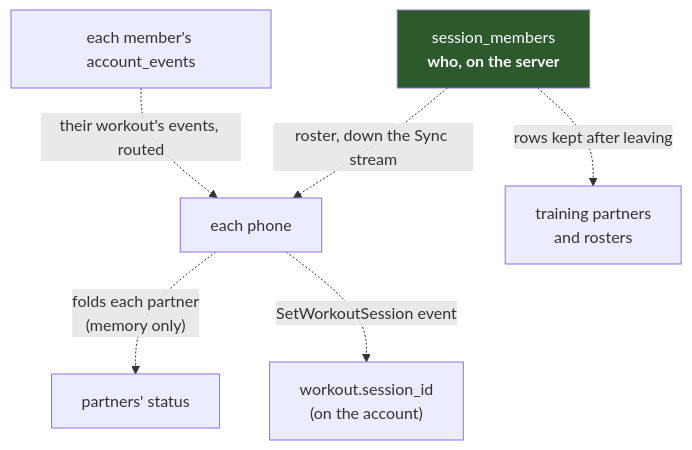
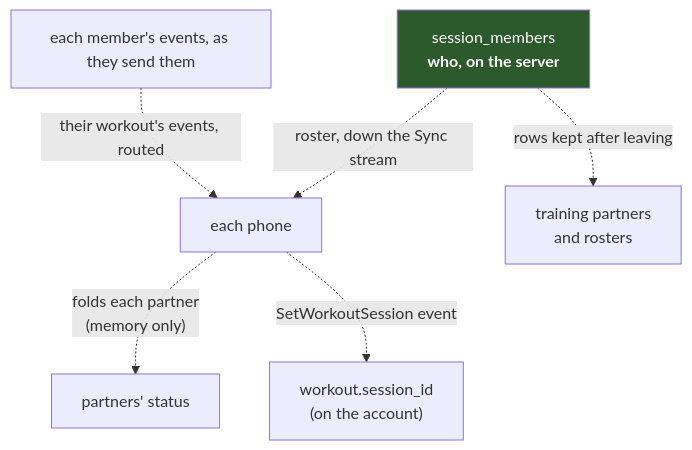
The first of 4 diagrams in docs/architecture/multiplayer.md (brensch/lift), drawn with Mermaid before and after one commit. The commit also changed other lines of this file and 8 other files, not shown here.

````diff
--- a/docs/architecture/multiplayer.md
+++ b/docs/architecture/multiplayer.md
@@ -36,12 +36,12 @@
 ```mermaid
 graph TD
     sm["session_members<br/><b>who, on the server</b>"]
-    ev["each member's account_events"]
+    ev["each member's events, as they send them"]
     sm -.->|"roster, down the Sync stream"| ph["each phone"]
     ev -.->|"their workout's events, routed"| ph
     ph -.->|"folds each partner<br/>(memory only)"| ps["partners' status"]
     ph -.->|"SetWorkoutSession event"| ws["workout.session_id<br/>(on the account)"]
     sm -.->|"rows kept after leaving"| tp["training partners<br/>and rosters"]
 
     style sm fill:#2d5a2d,color:#fff
 ```
````
